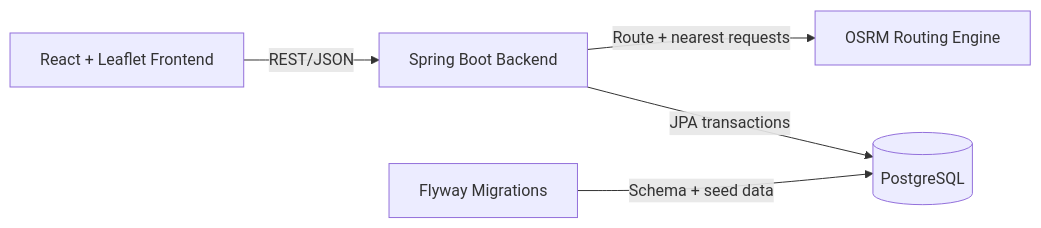
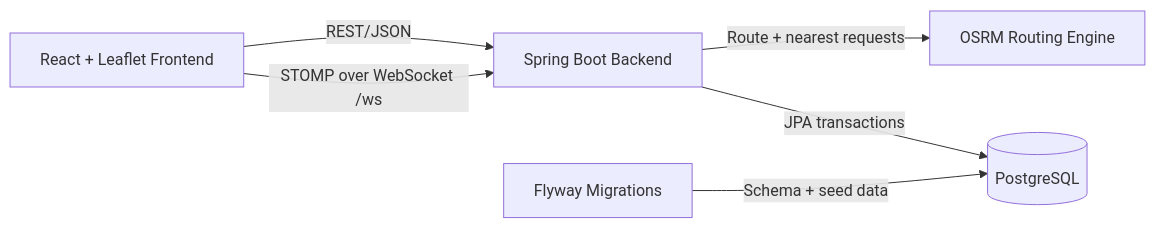
One commit to halfdimension/route-catch-game changed the diagram in README.md. Above: the diagram before and after it, drawn with Mermaid. The commit also changed other lines of this file and 3 other files, not shown here.

````diff
--- a/README.md
+++ b/README.md
@@ -56,13 +62,14 @@
 ```mermaid
 flowchart LR
     frontend["React + Leaflet Frontend"]
     backend["Spring Boot Backend"]
     osrm["OSRM Routing Engine"]
     postgres[("PostgreSQL")]
     flyway["Flyway Migrations"]
 
     frontend -->|REST/JSON| backend
+    frontend -->|STOMP over WebSocket /ws| backend
     backend -->|Route + nearest requests| osrm
     backend -->|JPA transactions| postgres
     flyway -->|Schema + seed data| postgres
 ```
````
